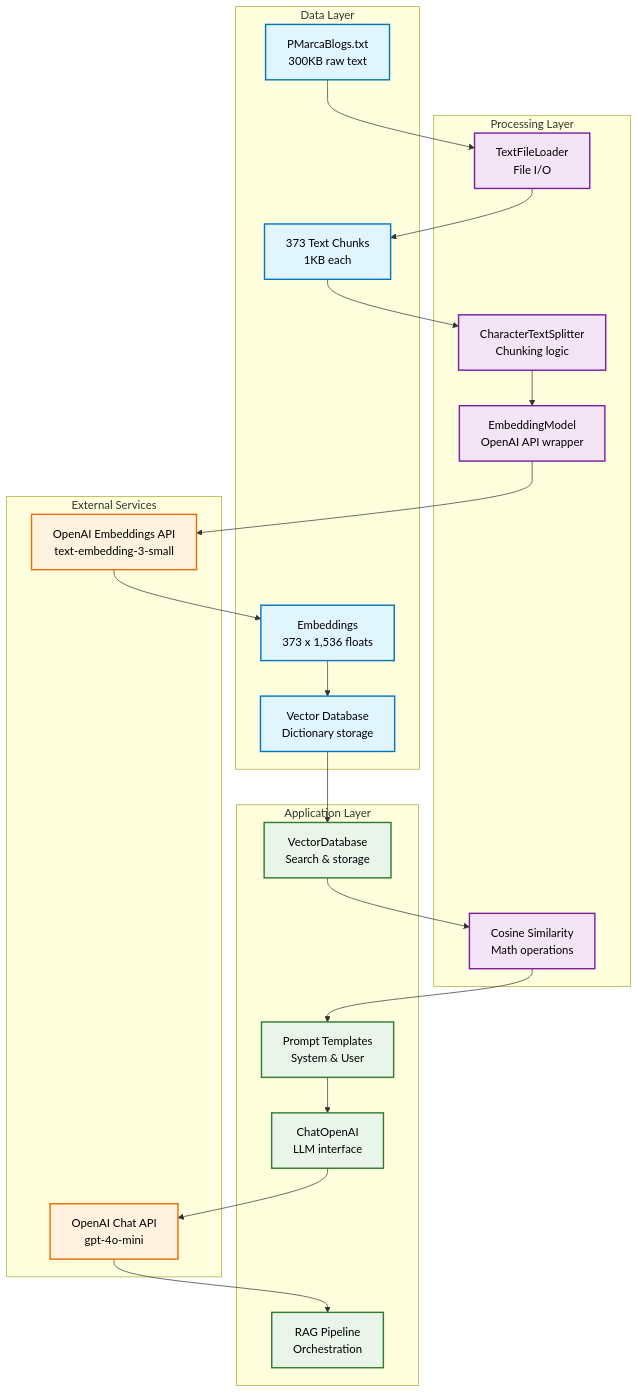
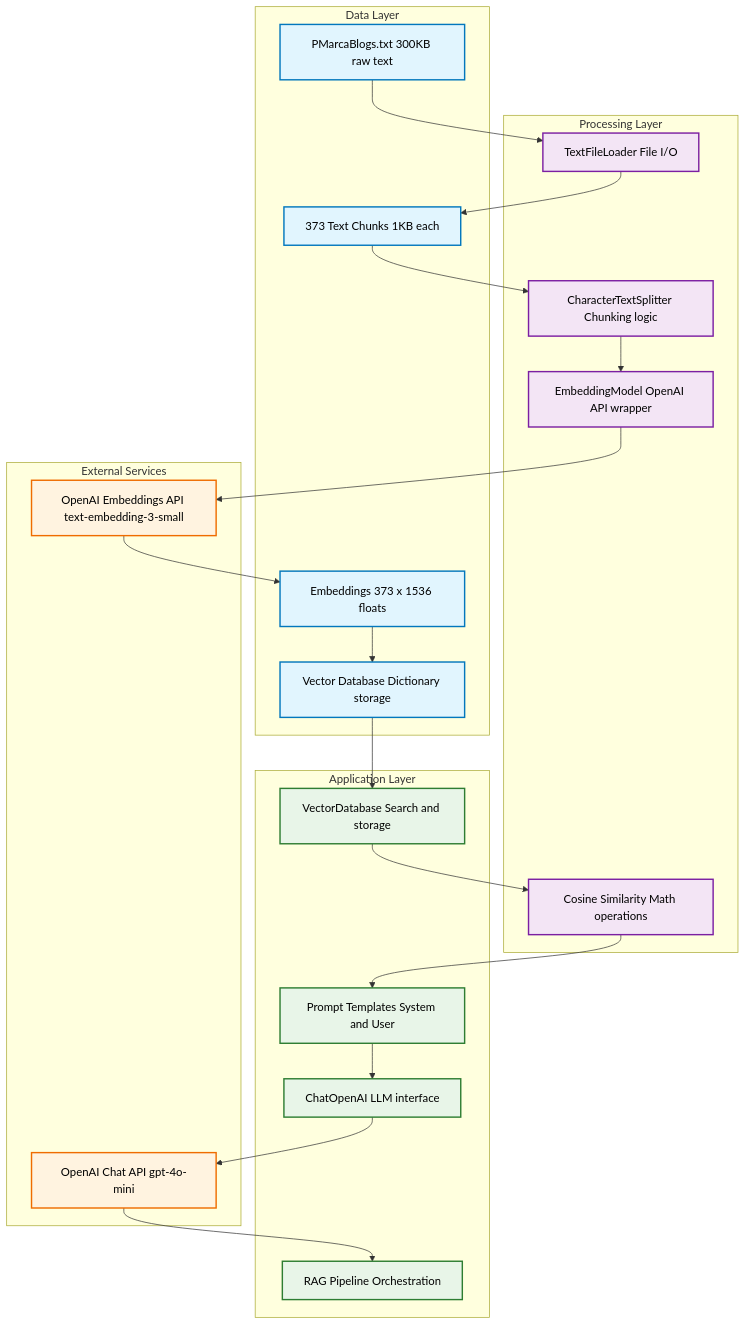
One commit to ovokpus/AIE8 changed diagram 16 of 16 in 02_Embeddings_and_RAG/Understanding_Pythonic_RAG.md. Above: the diagram before and after it, drawn with Mermaid. The commit also changed other lines of this file, not shown here.

Commit message:
fixed mermaid

````diff
--- a/02_Embeddings_and_RAG/Understanding_Pythonic_RAG.md
+++ b/02_Embeddings_and_RAG/Understanding_Pythonic_RAG.md
@@ -651,53 +646,53 @@
 ```mermaid
 graph TB
     subgraph "Data Layer"
-        A[PMarcaBlogs.txt<br/>300KB raw text]
-        B[373 Text Chunks<br/>1KB each]
-        C[Vector Database<br/>Dictionary storage]
-        D[Embeddings<br/>373 x 1,536 floats]
+        A["PMarcaBlogs.txt 300KB raw text"]
+        B["373 Text Chunks 1KB each"]
+        C["Vector Database Dictionary storage"]
+        D["Embeddings 373 x 1536 floats"]
     end
     
     subgraph "Processing Layer"
-        E[TextFileLoader<br/>File I/O]
-        F[CharacterTextSplitter<br/>Chunking logic]
-        G[EmbeddingModel<br/>OpenAI API wrapper]
-        H[Cosine Similarity<br/>Math operations]
+        E["TextFileLoader File I/O"]
+        F["CharacterTextSplitter Chunking logic"]
+        G["EmbeddingModel OpenAI API wrapper"]
+        H["Cosine Similarity Math operations"]
     end
     
     subgraph "Application Layer"
-        I[VectorDatabase<br/>Search & storage]
-        J[Prompt Templates<br/>System & User]
-        K[ChatOpenAI<br/>LLM interface]
-        L[RAG Pipeline<br/>Orchestration]
+        I["VectorDatabase Search and storage"]
+        J["Prompt Templates System and User"]
+        K["ChatOpenAI LLM interface"]
+        L["RAG Pipeline Orchestration"]
     end
     
     subgraph "External Services"
-        M[OpenAI Embeddings API<br/>text-embedding-3-small]
-        N[OpenAI Chat API<br/>gpt-4o-mini]
+        M["OpenAI Embeddings API text-embedding-3-small"]
+        N["OpenAI Chat API gpt-4o-mini"]
     end
     
     A --> E
     E --> B
     B --> F
     F --> G
     G --> M
     M --> D
     D --> C
     C --> I
     I --> H
     H --> J
     J --> K
     K --> N
     N --> L
     
     classDef default fill:#f9f9f9,stroke:#333,stroke-width:2px,color:#000000
     classDef dataLayer fill:#e1f5fe,stroke:#0277bd,stroke-width:2px,color:#000000
     classDef processLayer fill:#f3e5f5,stroke:#7b1fa2,stroke-width:2px,color:#000000
     classDef appLayer fill:#e8f5e8,stroke:#2e7d32,stroke-width:2px,color:#000000
     classDef external fill:#fff3e0,stroke:#ef6c00,stroke-width:2px,color:#000000
     
     class A,B,C,D dataLayer
     class E,F,G,H processLayer
     class I,J,K,L appLayer
     class M,N external
 ```
````
